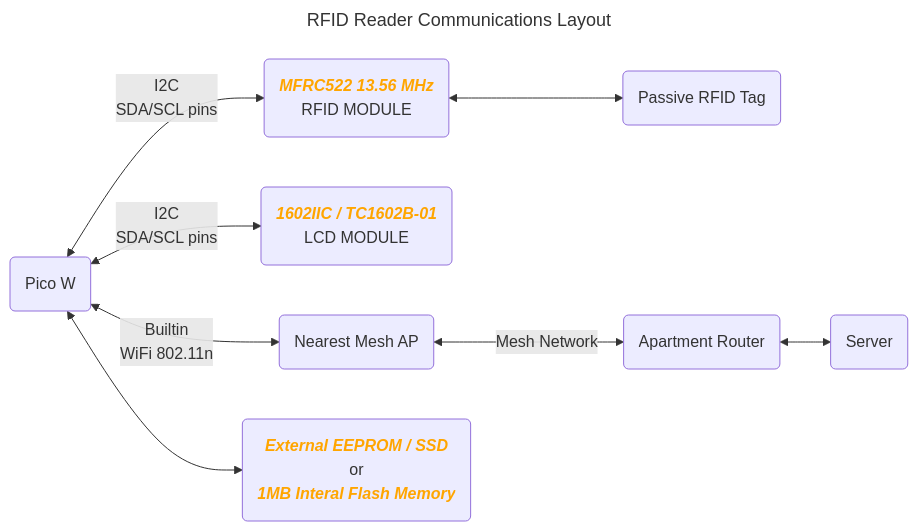
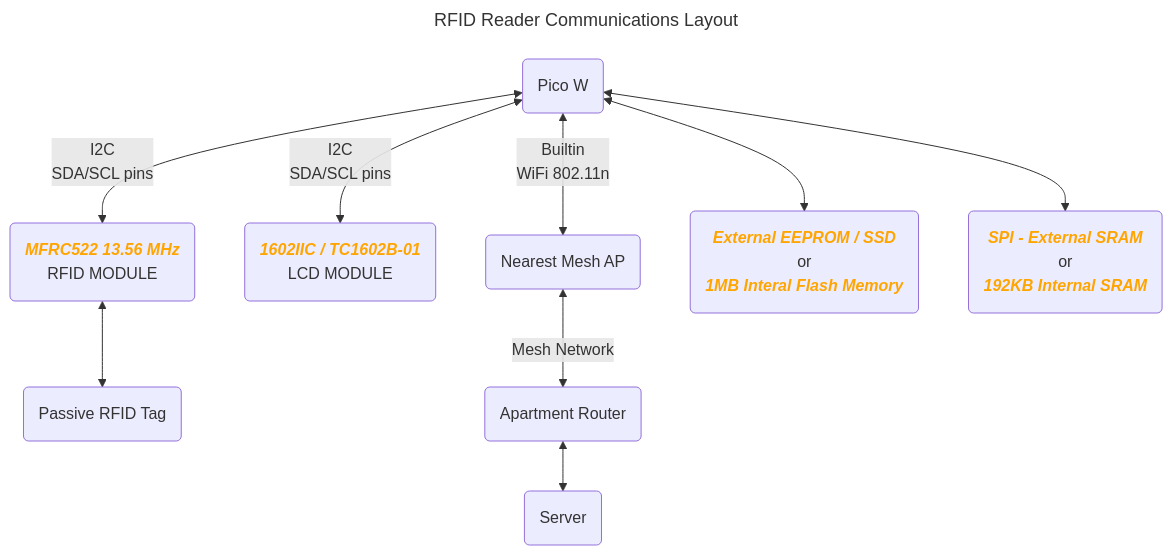
The fourth of 5 diagrams in README.md (Rackhamn/iot_arch_project1), drawn with Mermaid before and after one commit.

Commit message:
Added Memory to RFID Reader Comm

````diff
--- a/README.md
+++ b/README.md
@@ -162,14 +162,15 @@
 ```mermaid
 ---
 title: RFID Reader Communications Layout
 ---
-graph LR
+graph
     PICO("Pico W") <-- I2C<br/>SDA/SCL pins --> RFID_MODULE("<b style="color: orange;"><i>MFRC522 13.56 MHz</i></b><br/>RFID MODULE")
     PICO <-- I2C<br/>SDA/SCL pins --> LCD_MODULE("<b style="color: orange;"><i>1602IIC / TC1602B-01</i></b><br/>LCD MODULE")
     RFID_MODULE <--> RFID_PTAG(Passive RFID Tag)
     PICO <-- Builtin<br/>WiFi 802.11n --> MESH_AP(Nearest Mesh AP)
     MESH_AP <-- Mesh Network --> ROUTER(Apartment Router)
     ROUTER <--> Server(Server)
     PICO <--> EEPROM("<b style="color: orange;"><i>External EEPROM / SSD</i></b><br/>or<br/><b style="color: orange;"><i>1MB Interal Flash Memory</i></b><br/>")
+    PICO <--> RAM("<b style="color: orange;"><i>SPI - External SRAM</i></b><br/>or<br/><b style="color: orange;"><i>192KB Internal SRAM</i></b><br/>")
   %% <p style="color: orange;"><b><i>Redis</i></b></p>
 ```
````
